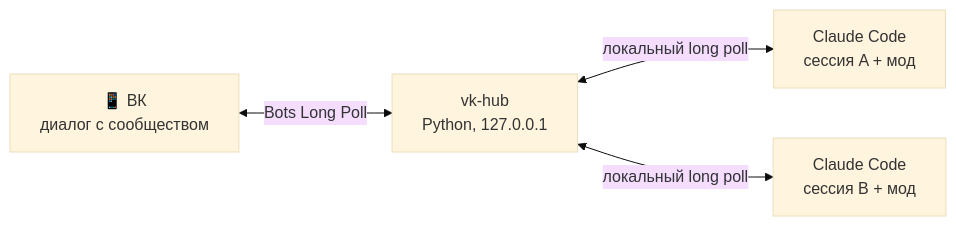
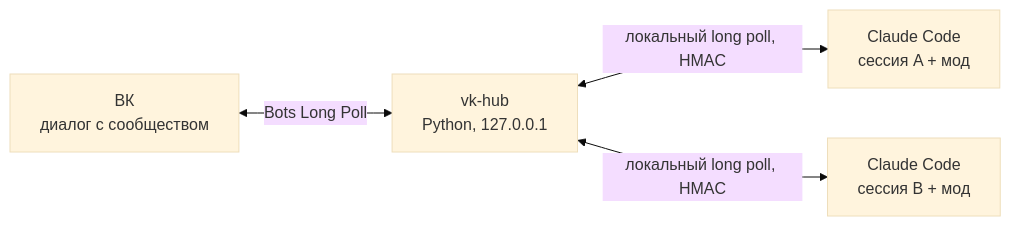
The diagram in README.md (alekseevpavel04/vk-alert), drawn with Mermaid (base theme) before and after one commit. The commit also changed other lines of this file and 9 other files, not shown here.

````diff
--- a/README.md
+++ b/README.md
@@ -35,10 +49,10 @@
 ```mermaid
 flowchart LR
-    phone["📱 ВК<br/>диалог с сообществом"]
+    phone["ВК<br/>диалог с сообществом"]
     hub["vk-hub<br/>Python, 127.0.0.1"]
     a["Claude Code<br/>сессия A + мод"]
     b["Claude Code<br/>сессия B + мод"]
     phone <-- "Bots Long Poll" --> hub
-    hub <-- "локальный long poll" --> a
-    hub <-- "локальный long poll" --> b
+    hub <-- "локальный long poll, HMAC" --> a
+    hub <-- "локальный long poll, HMAC" --> b
 ```
````
